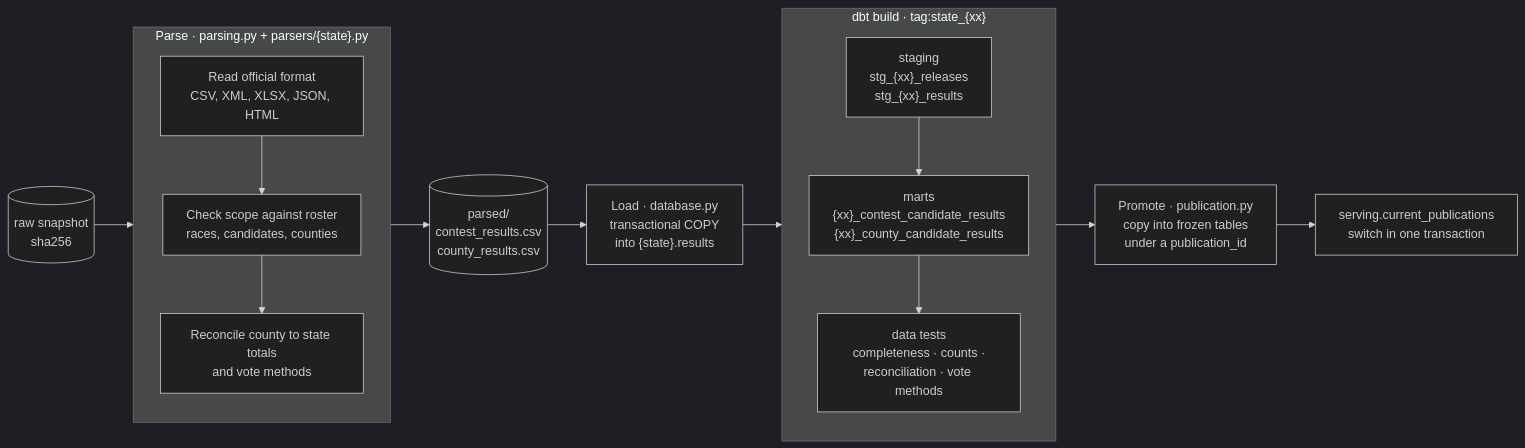
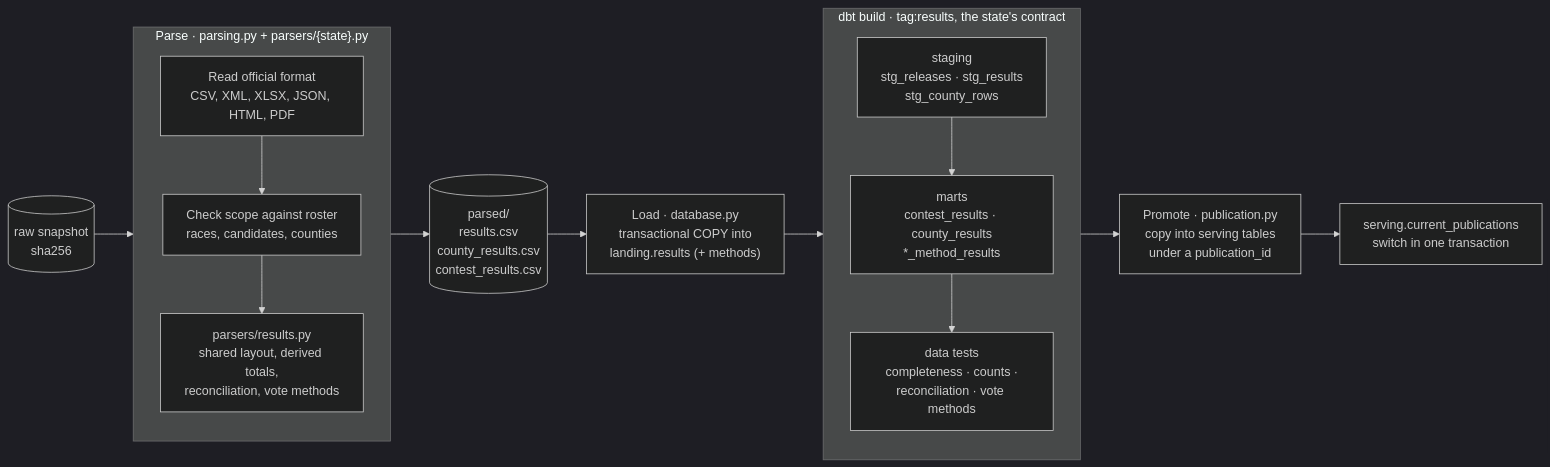
One commit to Naman4561/us-election-results-pipeline changed the first of 5 diagrams in docs/architecture/processing-and-modelling.md. Above: the diagram before and after it, drawn with Mermaid (dark theme). The commit also changed other lines of this file and 11 other files, not shown here.

First line of the commit message:
refactor: remove dead code, update README and architecture docs

````diff
--- a/docs/architecture/processing-and-modelling.md
+++ b/docs/architecture/processing-and-modelling.md
@@ -10,21 +10,21 @@
 ```mermaid
 flowchart LR
     RAW[("raw snapshot<br/>sha256")] --> PARSE
     subgraph PARSE["Parse · parsing.py + parsers/{state}.py"]
-        P1["Read official format<br/>CSV, XML, XLSX, JSON, HTML"]
+        P1["Read official format<br/>CSV, XML, XLSX, JSON, HTML, PDF"]
         P2["Check scope against roster<br/>races, candidates, counties"]
-        P3["Reconcile county to state totals<br/>and vote methods"]
+        P3["parsers/results.py<br/>shared layout, derived totals,<br/>reconciliation, vote methods"]
         P1 --> P2 --> P3
     end
-    PARSE --> CSV[("parsed/<br/>contest_results.csv<br/>county_results.csv")]
-    CSV --> LOAD["Load · database.py<br/>transactional COPY<br/>into {state}.results"]
+    PARSE --> CSV[("parsed/<br/>results.csv<br/>county_results.csv<br/>contest_results.csv")]
+    CSV --> LOAD["Load · database.py<br/>transactional COPY into<br/>landing.results (+ methods)"]
     LOAD --> DBT
-    subgraph DBT["dbt build · tag:state_{xx}"]
-        STG["staging<br/>stg_{xx}_releases<br/>stg_{xx}_results"]
-        MART["marts<br/>{xx}_contest_candidate_results<br/>{xx}_county_candidate_results"]
+    subgraph DBT["dbt build · tag:results, the state's contract"]
+        STG["staging<br/>stg_releases · stg_results<br/>stg_county_rows"]
+        MART["marts<br/>contest_results · county_results<br/>*_method_results"]
         TEST["data tests<br/>completeness · counts ·<br/>reconciliation · vote methods"]
         STG --> MART --> TEST
     end
-    DBT --> PUB["Promote · publication.py<br/>copy into frozen tables<br/>under a publication_id"]
+    DBT --> PUB["Promote · publication.py<br/>copy into serving tables<br/>under a publication_id"]
     PUB --> CUR["serving.current_publications<br/>switch in one transaction"]
 ```
````
